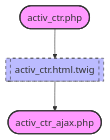
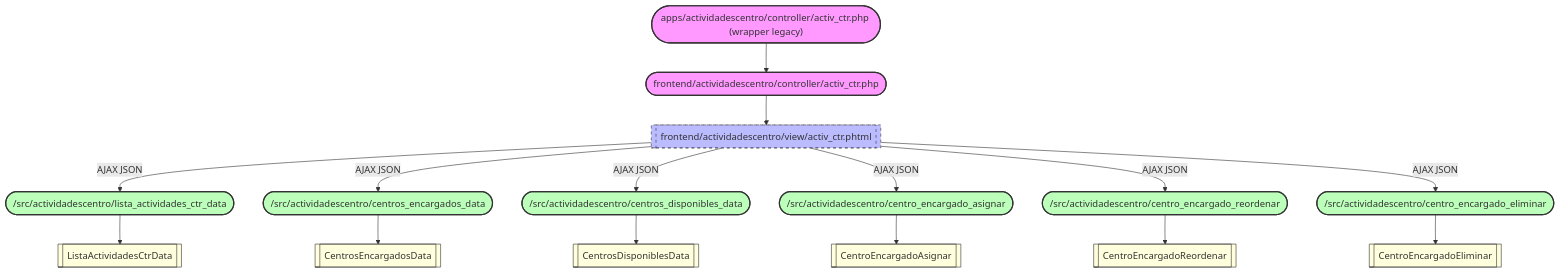
The diagram in documentacion/Documentacion_Obix/actividadescentro/mapa_activ_ctr.md (olvidio/orbix), drawn with Mermaid before and after one commit. The commit also changed other lines of this file and 106 other files, not shown here.

````diff
--- a/documentacion/Documentacion_Obix/actividadescentro/mapa_activ_ctr.md
+++ b/documentacion/Documentacion_Obix/actividadescentro/mapa_activ_ctr.md
@@ -1,10 +1,26 @@
 ```mermaid
 flowchart TD
     %% Estils de nodes
     classDef controller fill:#f9f,stroke:#333,stroke-width:2px;
     classDef vista fill:#bbf,stroke:#333,stroke-width:1px,stroke-dasharray: 5 5;
-    classDef error fill:#ff9999,stroke:#cc0000,stroke-width:2px;
+    classDef api fill:#bfb,stroke:#333,stroke-width:2px;
+    classDef usecase fill:#ffd,stroke:#333,stroke-width:1px;
 
-    apps_actividadescentro_controller_activ_ctr_php(["activ_ctr.php"]):::controller --> apps_actividadescentro_view_activ_ctr_html_twig[["activ_ctr.html.twig"]]:::vista
-    apps_actividadescentro_view_activ_ctr_html_twig --> apps_actividadescentro_controller_activ_ctr_ajax_php(["activ_ctr_ajax.php"]):::controller
+    frontend_controller(["frontend/actividadescentro/controller/activ_ctr.php"]):::controller --> frontend_view[["frontend/actividadescentro/view/activ_ctr.phtml"]]:::vista
+
+    frontend_view -- AJAX JSON --> src_lista(["/src/actividadescentro/lista_actividades_ctr_data"]):::api
+    frontend_view -- AJAX JSON --> src_encargados(["/src/actividadescentro/centros_encargados_data"]):::api
+    frontend_view -- AJAX JSON --> src_disponibles(["/src/actividadescentro/centros_disponibles_data"]):::api
+    frontend_view -- AJAX JSON --> src_asignar(["/src/actividadescentro/centro_encargado_asignar"]):::api
+    frontend_view -- AJAX JSON --> src_reordenar(["/src/actividadescentro/centro_encargado_reordenar"]):::api
+    frontend_view -- AJAX JSON --> src_eliminar(["/src/actividadescentro/centro_encargado_eliminar"]):::api
+
+    src_lista --> uc_lista[[ListaActividadesCtrData]]:::usecase
+    src_encargados --> uc_encargados[[CentrosEncargadosData]]:::usecase
+    src_disponibles --> uc_disponibles[[CentrosDisponiblesData]]:::usecase
+    src_asignar --> uc_asignar[[CentroEncargadoAsignar]]:::usecase
+    src_reordenar --> uc_reordenar[[CentroEncargadoReordenar]]:::usecase
+    src_eliminar --> uc_eliminar[[CentroEncargadoEliminar]]:::usecase
+
+    apps_legacy(["apps/actividadescentro/controller/activ_ctr.php (wrapper legacy)"]):::controller --> frontend_controller
 ```
````
